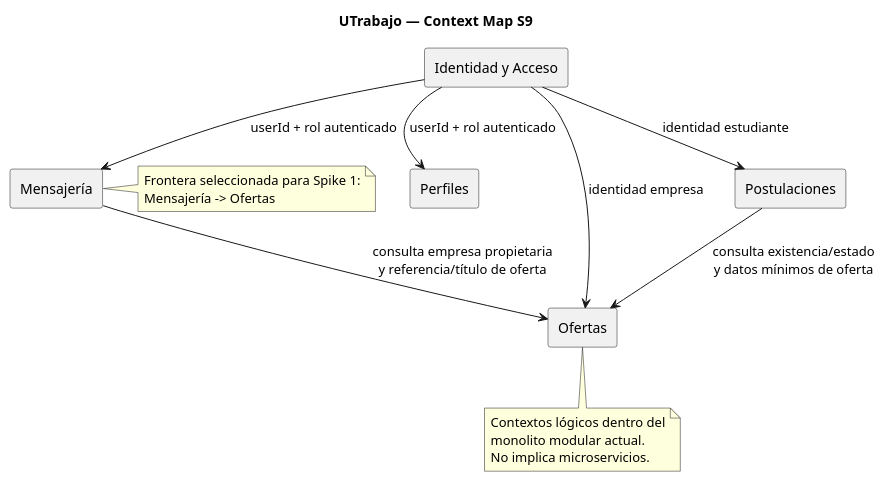
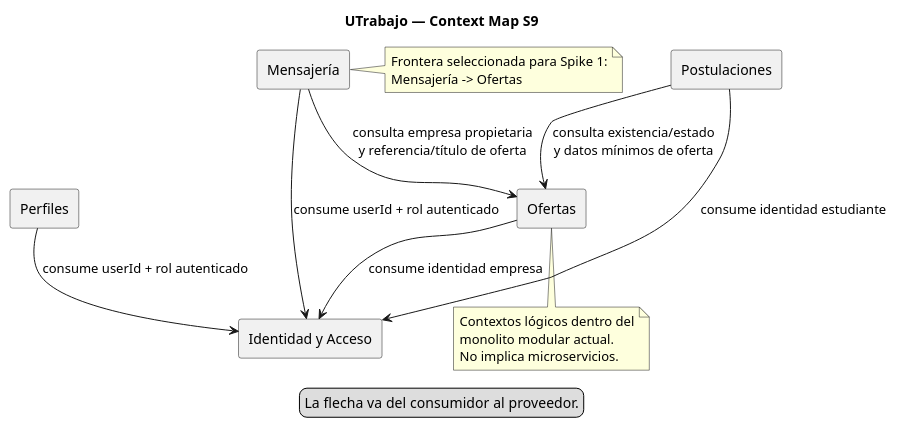
One commit to plantedseeker/Proyectlo_Arquitectura_software changed the diagram in docs/dominio/context-map.puml. Above: the diagram before and after it, drawn with PlantUML. The commit also changed 8 other files, not shown here.

```diff
--- a/docs/dominio/context-map.puml
+++ b/docs/dominio/context-map.puml
@@ -1,31 +1,35 @@
 @startuml
 title UTrabajo — Context Map S9
 
 skinparam componentStyle rectangle
 skinparam shadowing false
 
 component "Identidad y Acceso" as IAM
 component "Perfiles" as Profiles
 component "Ofertas" as Jobs
 component "Postulaciones" as Apps
 component "Mensajería" as Msg
 
-IAM --> Profiles : userId + rol autenticado
-IAM --> Jobs : identidad empresa
-IAM --> Apps : identidad estudiante
-IAM --> Msg : userId + rol autenticado
+Profiles --> IAM : consume userId + rol autenticado
+Jobs --> IAM : consume identidad empresa
+Apps --> IAM : consume identidad estudiante
+Msg --> IAM : consume userId + rol autenticado
 
 Apps --> Jobs : consulta existencia/estado\ny datos mínimos de oferta
 Msg --> Jobs : consulta empresa propietaria\ny referencia/título de oferta
 
 note right of Msg
 Frontera seleccionada para Spike 1:
 Mensajería -> Ofertas
 end note
 
 note bottom of Jobs
 Contextos lógicos dentro del
 monolito modular actual.
 No implica microservicios.
 end note
+
+legend bottom
+La flecha va del consumidor al proveedor.
+endlegend
 @enduml
```
